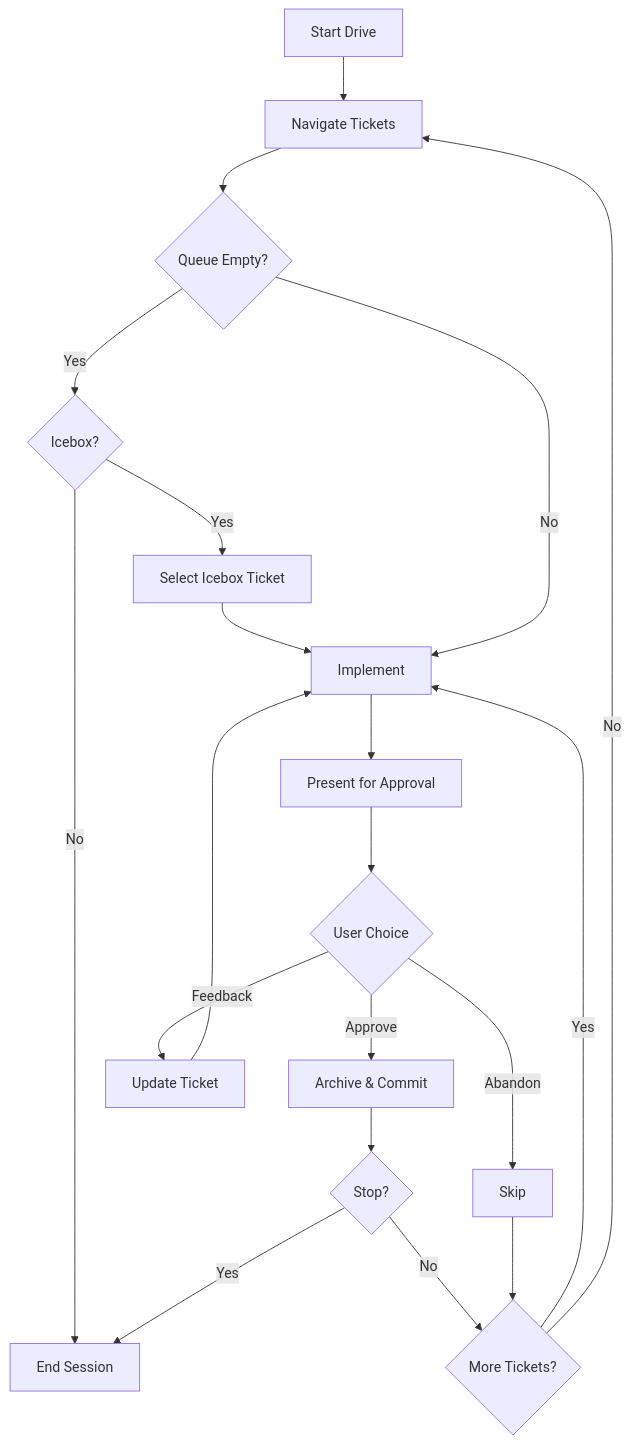
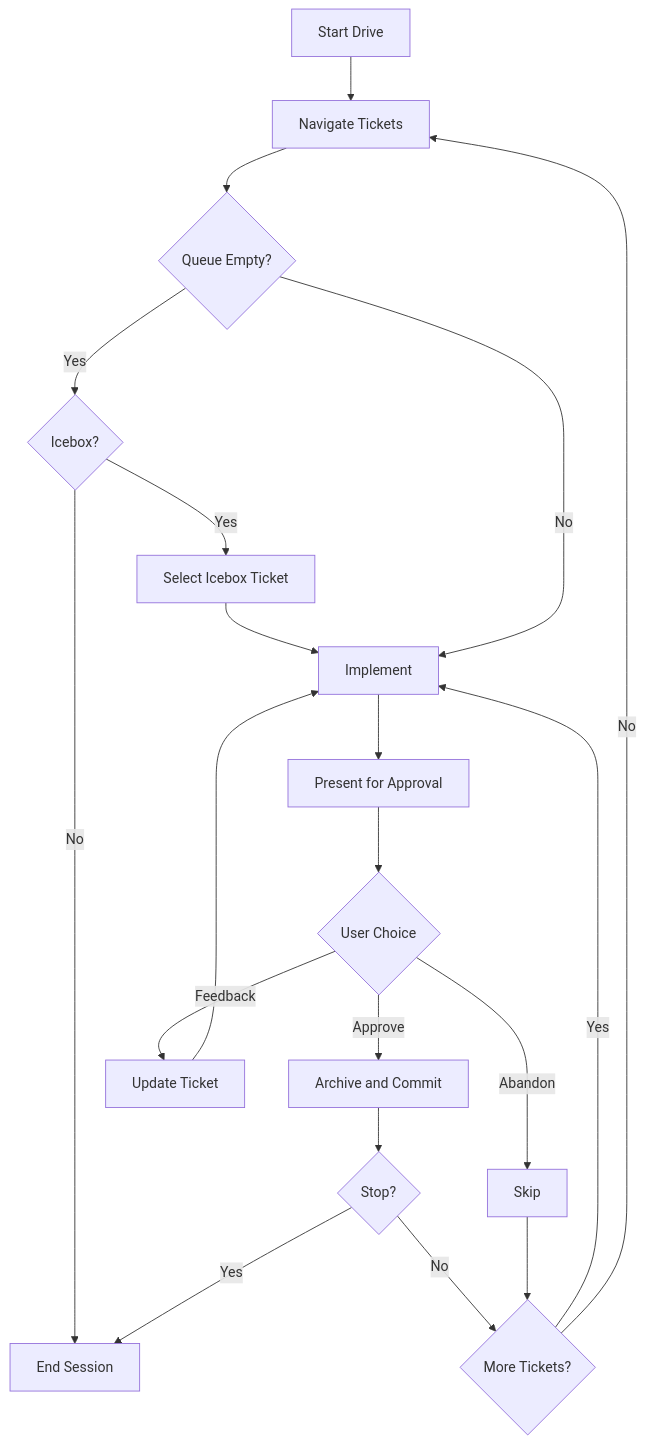
Before and after one commit to qmu/workaholic: the second of 8 diagrams in .workaholic/specs/feature.md, drawn with Mermaid. The commit also changed other lines of this file and 57 other files, not shown here.

````diff
--- a/.workaholic/specs/feature.md
+++ b/.workaholic/specs/feature.md
@@ -79,22 +81,22 @@
 ```mermaid
 flowchart TD
     A[Start Drive] --> B[Navigate Tickets]
     B --> C{Queue Empty?}
     C -->|Yes| D{Icebox?}
     D -->|Yes| E[Select Icebox Ticket]
     D -->|No| F[End Session]
     E --> G[Implement]
     C -->|No| G
     G --> H[Present for Approval]
     H --> I{User Choice}
-    I -->|Approve| J[Archive & Commit]
+    I -->|Approve| J[Archive and Commit]
     I -->|Feedback| K[Update Ticket]
     I -->|Abandon| L[Skip]
     K --> G
     J --> M{Stop?}
     M -->|Yes| F
     M -->|No| N{More Tickets?}
     L --> N
     N -->|Yes| G
     N -->|No| B
 ```
````
